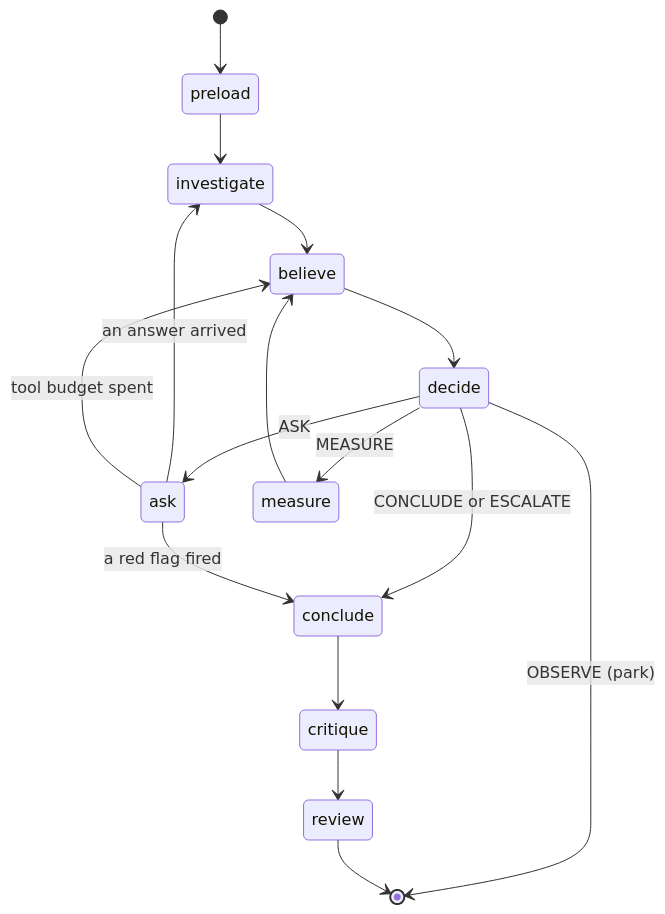
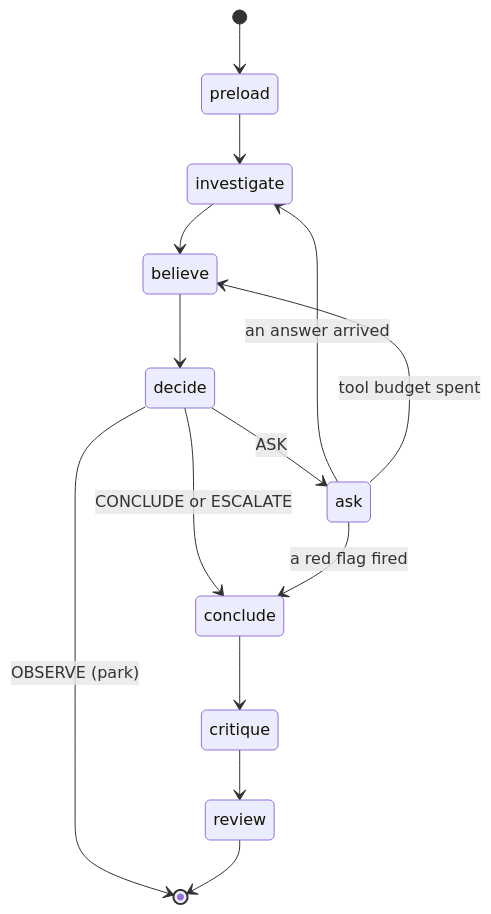
One commit to NatBrian/wearable-health-agent changed the eighth of 11 diagrams in docs/ARCHITECTURE.md. Above: the diagram before and after it, drawn with Mermaid. The commit also changed other lines of this file, not shown here.

First line of the commit message:
Remove the deleted MEASURE branch from both ARCHITECTURE diagrams

````diff
--- a/docs/ARCHITECTURE.md
+++ b/docs/ARCHITECTURE.md
@@ -795,18 +792,16 @@
 ```mermaid
 stateDiagram-v2
     [*] --> preload
     preload --> investigate
     investigate --> believe
     believe --> decide
     decide --> ask: ASK
-    decide --> measure: MEASURE
     decide --> conclude: CONCLUDE or ESCALATE
     decide --> [*]: OBSERVE (park)
     ask --> investigate: an answer arrived
     ask --> believe: tool budget spent
     ask --> conclude: a red flag fired
-    measure --> believe
     conclude --> critique
     critique --> review
     review --> [*]
 ```
````
